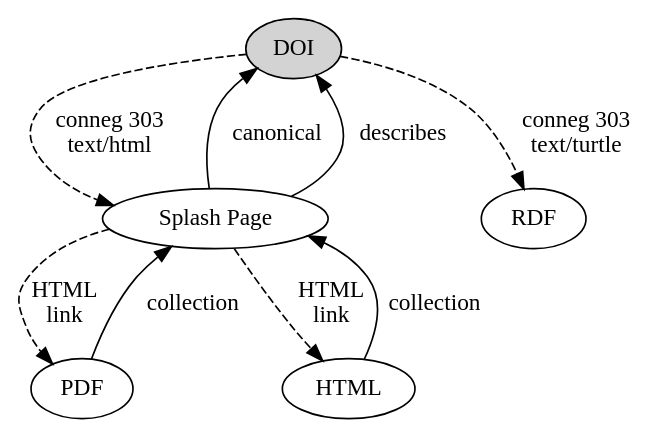
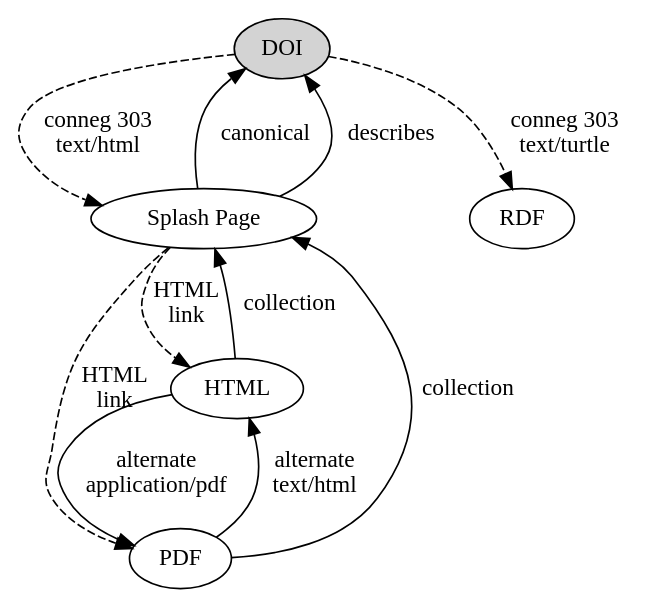
Before and after one commit to zimeon/signposting: the diagram in journal_with_pdf_html.dot, drawn with Graphviz. The commit also changed 9 other files, not shown here.

```diff
--- a/journal_with_pdf_html.dot
+++ b/journal_with_pdf_html.dot
@@ -1,11 +1,13 @@
 digraph J1 {
   DOI [ style=filled ]
   DOI -> "Splash Page" [ style=dashed, label="conneg 303\ntext/html" ]
   DOI -> "RDF" [ style=dashed, label="conneg 303\ntext/turtle" ]
   "Splash Page" -> PDF  [ style=dashed, label="HTML\nlink" ]
   "Splash Page" -> HTML  [ style=dashed, label="HTML\nlink" ]
   "Splash Page" -> DOI [ label="canonical " ]
   "Splash Page" -> DOI [ label="describes " ]
   "PDF" -> "Splash Page" [ label="collection" ]
   "HTML" -> "Splash Page" [ label="collection" ]
+  PDF -> HTML [ label="alternate\ntext/html" ]
+  HTML -> PDF [ label="alternate\napplication/pdf" ]
 }
```
